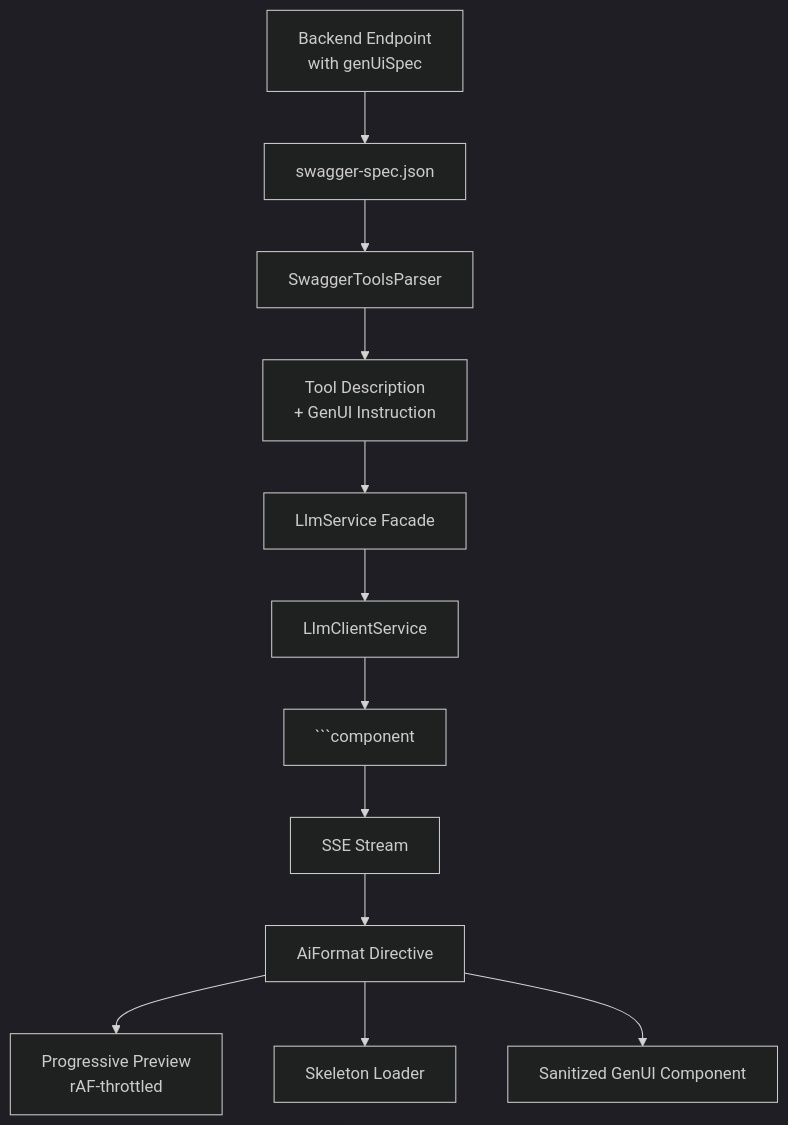
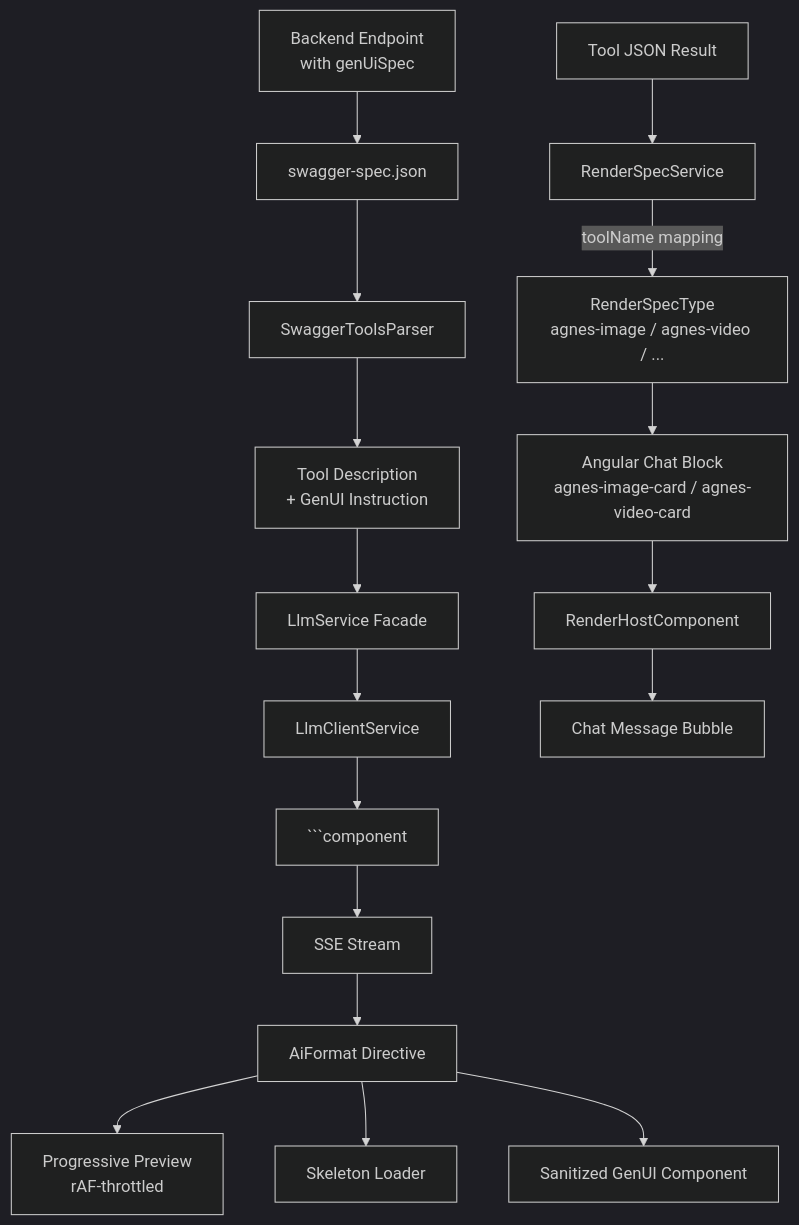
Before and after one commit to Poratt/Agentic-Agent: the sixth of 9 diagrams in documents/architecture-diagram.md, drawn with Mermaid (dark theme). The commit also changed other lines of this file and 9 other files, not shown here.

`````diff
--- a/documents/architecture-diagram.md
+++ b/documents/architecture-diagram.md
@@ -263,14 +268,20 @@
 ````mermaid
 flowchart TD
   ToolEndpoint[Backend Endpoint\nwith genUiSpec] --> SwaggerSpec[swagger-spec.json]
   SwaggerSpec --> Parser[SwaggerToolsParser]
   Parser --> ToolDesc[Tool Description\n+ GenUI Instruction]
   ToolDesc --> LLM[LlmService Facade]
   LLM --> Client[LlmClientService]
   Client --> Component[```component]
   Component --> Stream[SSE Stream]
   Stream --> AiFormat[AiFormat Directive]
   AiFormat --> ProgressivePreview[Progressive Preview\nrAF-throttled]
   AiFormat --> Skeleton[Skeleton Loader]
   AiFormat --> FinalRender[Sanitized GenUI Component]
+
+  ToolResult[Tool JSON Result] --> RenderSpec[RenderSpecService]
+  RenderSpec -->|toolName mapping| SpecType[RenderSpecType\nagnes-image / agnes-video / ...]
+  SpecType --> ChatBlock[Angular Chat Block\nagnes-image-card / agnes-video-card]
+  ChatBlock --> RenderHost[RenderHostComponent]
+  RenderHost --> ChatUI[Chat Message Bubble]
 ````
`````
